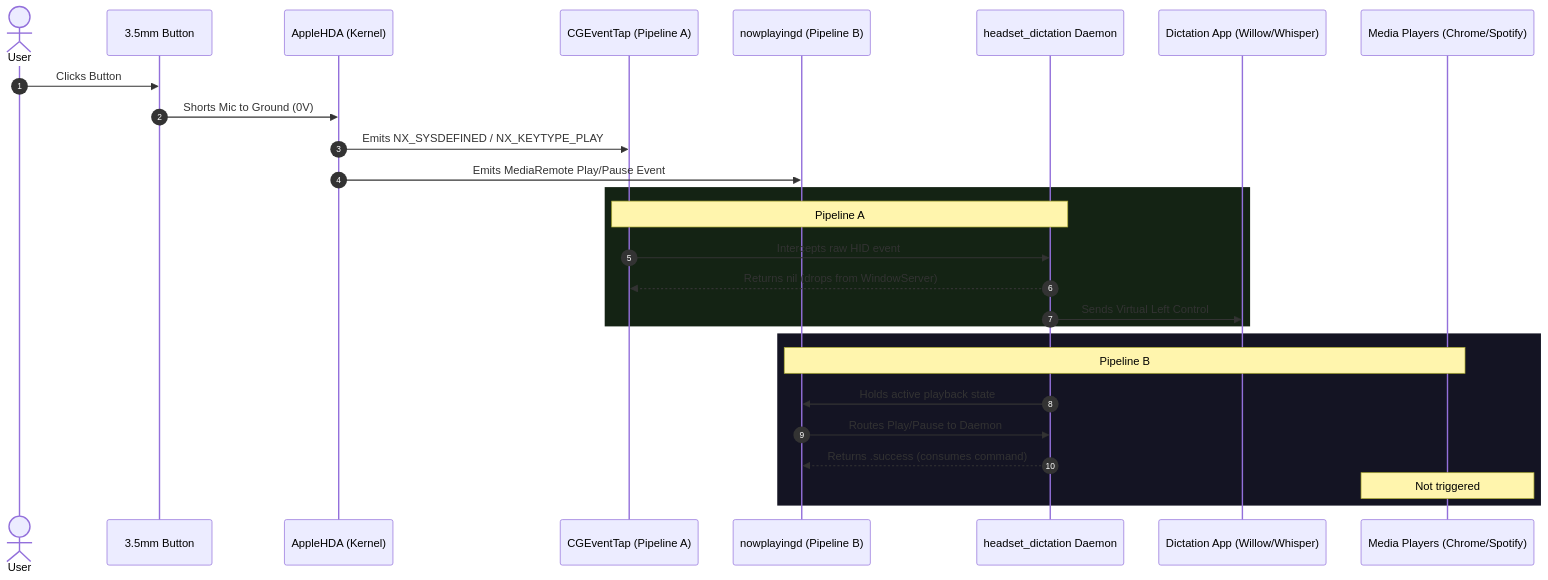
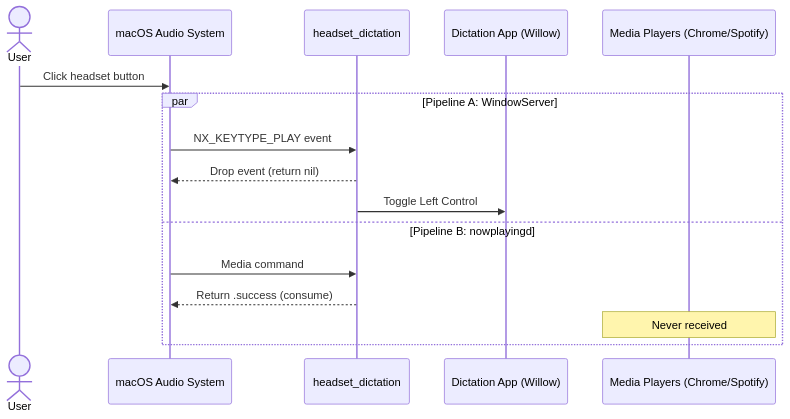
Before and after one commit to matgCodes/headset-dictation: the first of 2 diagrams in README.md, drawn with Mermaid. The commit also changed other lines of this file, not shown here.

Commit message:
docs: streamline and simplify Mermaid sequence and flow diagrams

````diff
--- a/README.md
+++ b/README.md
@@ -104,32 +104,19 @@
 ```mermaid
 sequenceDiagram
-    autonumber
     actor User
-    participant Headset as 3.5mm Button
-    participant Kernel as AppleHDA (Kernel)
-    participant CG as CGEventTap (Pipeline A)
-    participant NP as nowplayingd (Pipeline B)
-    participant Daemon as headset_dictation Daemon
-    participant App as Dictation App (Willow/Whisper)
+    participant OS as macOS Audio System
+    participant Daemon as headset_dictation
+    participant Dictation as Dictation App (Willow)
     participant Media as Media Players (Chrome/Spotify)
 
-    User->>Headset: Clicks Button
-    Headset->>Kernel: Shorts Mic to Ground (0V)
-    Kernel->>CG: Emits NX_SYSDEFINED / NX_KEYTYPE_PLAY
-    Kernel->>NP: Emits MediaRemote Play/Pause Event
-    
-    rect rgb(20, 35, 20)
-        Note over CG,Daemon: Pipeline A
-        CG->>Daemon: Intercepts raw HID event
-        Daemon-->>CG: Returns nil (drops from WindowServer)
-        Daemon->>App: Sends Virtual Left Control
-    end
-
-    rect rgb(20, 20, 35)
-        Note over NP,Media: Pipeline B
-        Daemon->>NP: Holds active playback state
-        NP->>Daemon: Routes Play/Pause to Daemon
-        Daemon-->>NP: Returns .success (consumes command)
-        Note over Media: Not triggered
+    User->>OS: Click headset button
+    par Pipeline A: WindowServer
+        OS->>Daemon: NX_KEYTYPE_PLAY event
+        Daemon-->>OS: Drop event (return nil)
+        Daemon->>Dictation: Toggle Left Control
+    and Pipeline B: nowplayingd
+        OS->>Daemon: Media command
+        Daemon-->>OS: Return .success (consume)
+        Note over Media: Never received
     end
 ```
````
